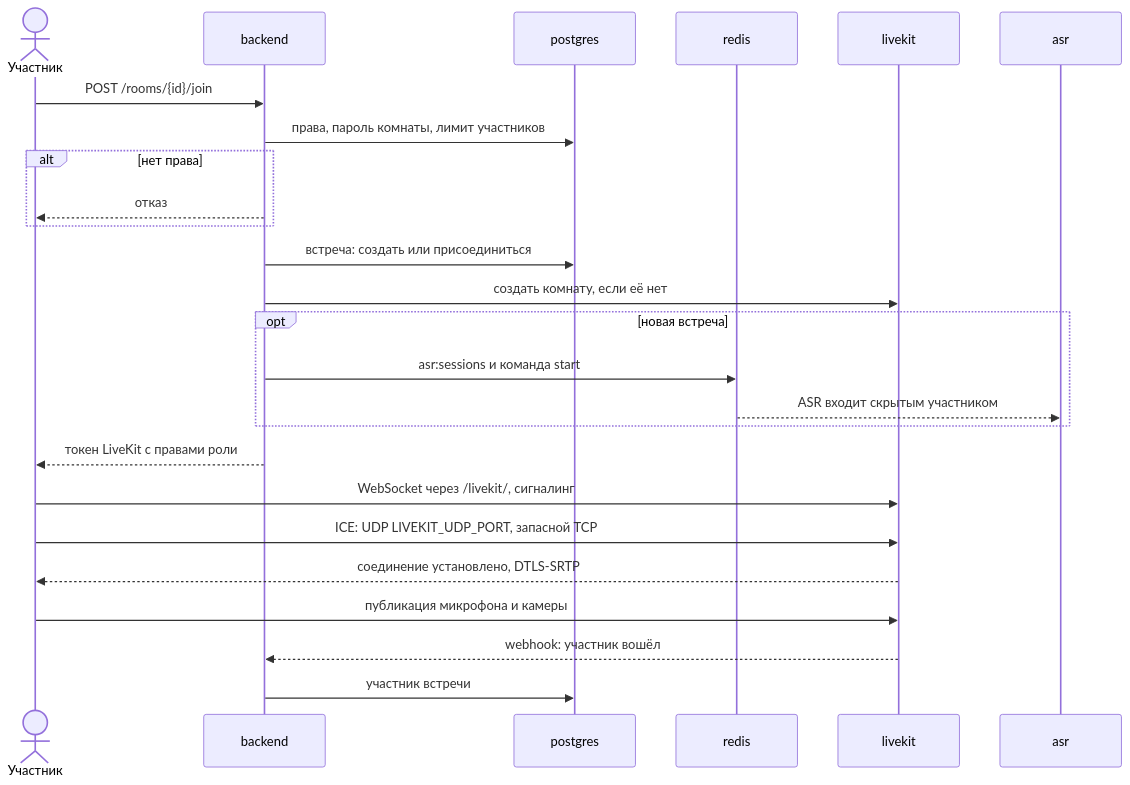
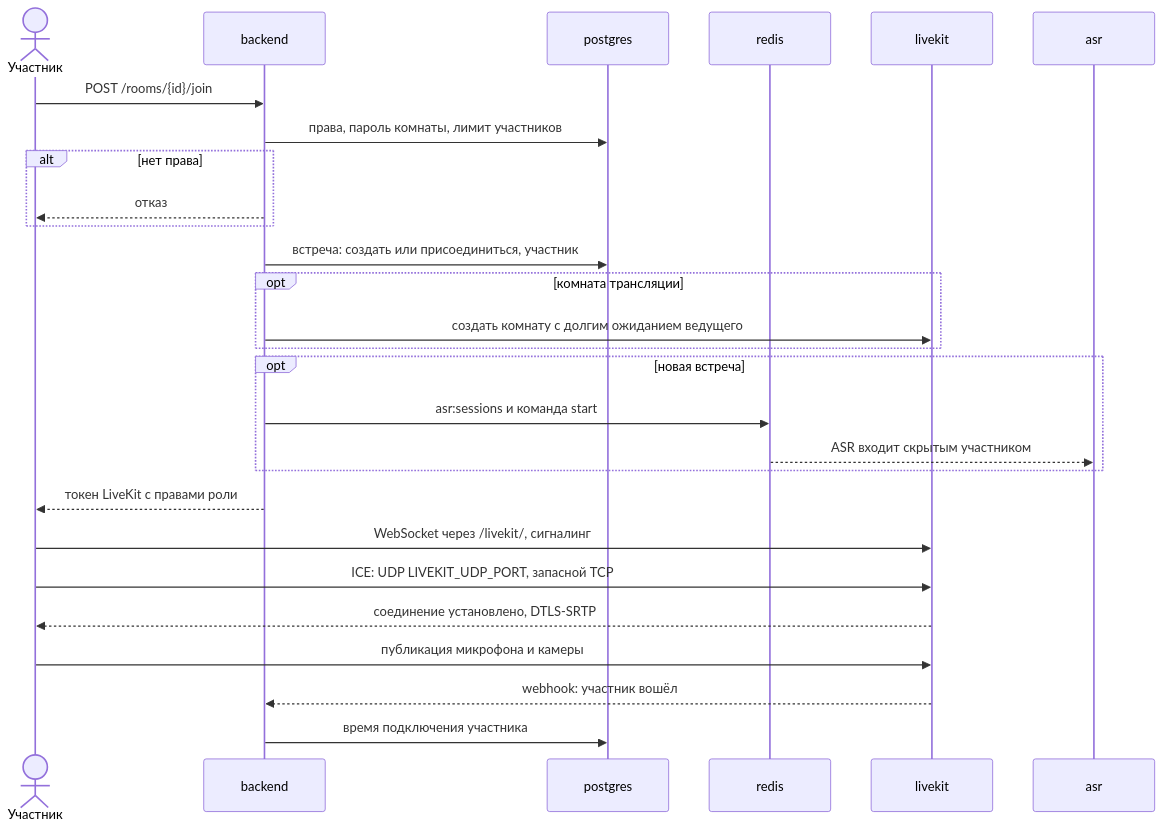
One commit to calleograph/peregovorka changed the second of 7 diagrams in wiki/Архитектура-Последовательности-встреч.md. Above: the diagram before and after it, drawn with Mermaid. The commit also changed other lines of this file and 73 other files, not shown here.

````diff
--- a/wiki/Архитектура-Последовательности-встреч.md
+++ b/wiki/Архитектура-Последовательности-встреч.md
@@ -43,27 +43,29 @@
 ```mermaid
 sequenceDiagram
   actor U as Участник
   participant B as backend
   participant DB as postgres
   participant R as redis
   participant LK as livekit
   participant A as asr
   U->>B: POST /rooms/{id}/join
   B->>DB: права, пароль комнаты, лимит участников
   alt нет права
     B-->>U: отказ
   end
-  B->>DB: встреча: создать или присоединиться
-  B->>LK: создать комнату, если её нет
+  B->>DB: встреча: создать или присоединиться, участник
+  opt комната трансляции
+    B->>LK: создать комнату с долгим ожиданием ведущего
+  end
   opt новая встреча
     B->>R: asr:sessions и команда start
     R-->>A: ASR входит скрытым участником
   end
   B-->>U: токен LiveKit с правами роли
   U->>LK: WebSocket через /livekit/, сигналинг
   U->>LK: ICE: UDP LIVEKIT_UDP_PORT, запасной TCP
   LK-->>U: соединение установлено, DTLS-SRTP
   U->>LK: публикация микрофона и камеры
   LK-->>B: webhook: участник вошёл
-  B->>DB: участник встречи
+  B->>DB: время подключения участника
 ```
````
